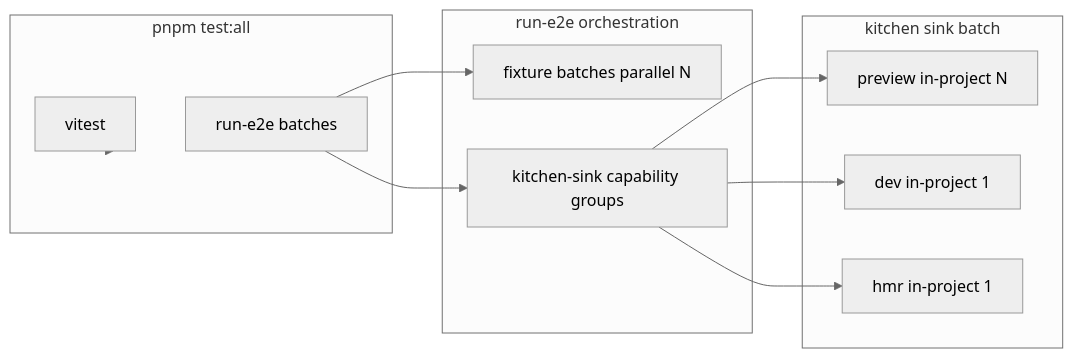
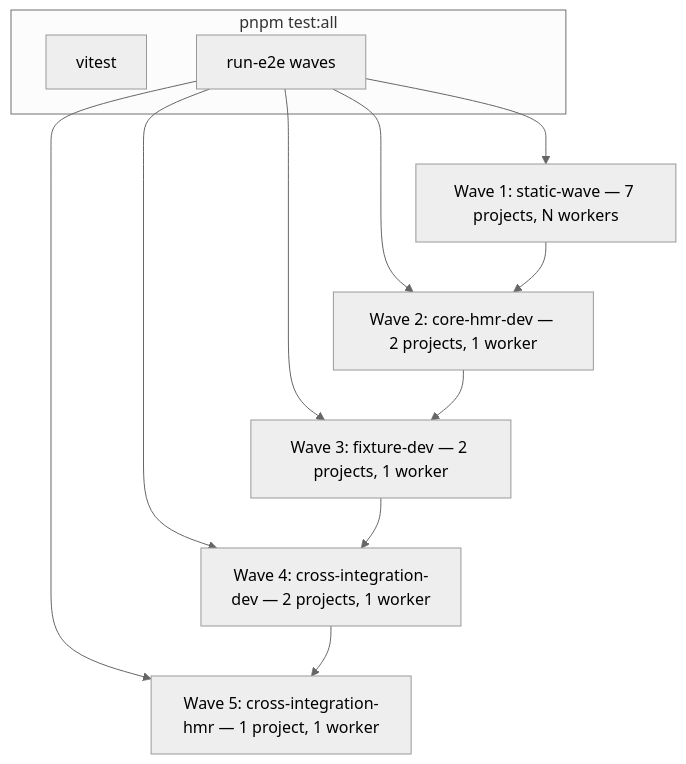
Before and after one commit to ecopages/ecopages: the diagram in docs/e2e-test-plan.md, drawn with Mermaid (neutral theme). The commit also changed other lines of this file and 1 other file, not shown here.

Commit message:
docs(e2e): update test plan and README for wave orchestration

````diff
--- a/docs/e2e-test-plan.md
+++ b/docs/e2e-test-plan.md
@@ -267,26 +247,15 @@
 ```mermaid
-flowchart LR
+flowchart TD
   subgraph gate [pnpm test:all]
     V[vitest]
-    E[run-e2e batches]
+    E[run-e2e waves]
   end
 
-  subgraph ks [kitchen sink batch]
-    P[preview in-project N]
-    D[dev in-project 1]
-    H[hmr in-project 1]
-  end
+  E --> W1[Wave 1: static-wave — 7 projects, N workers]
+  E --> W2[Wave 2: core-hmr-dev — 2 projects, 1 worker]
+  E --> W3[Wave 3: fixture-dev — 2 projects, 1 worker]
+  E --> W4[Wave 4: cross-integration-dev — 2 projects, 1 worker]
+  E --> W5[Wave 5: cross-integration-hmr — 1 project, 1 worker]
 
-  subgraph orch [run-e2e orchestration]
-    F[fixture batches parallel N]
-    K[kitchen-sink capability groups]
-  end
-
-  gate --> V
-  gate --> E
-  E --> F
-  E --> K
-  K --> P
-  K --> D
-  K --> H
+  W1 --> W2 --> W3 --> W4 --> W5
 ```
````
